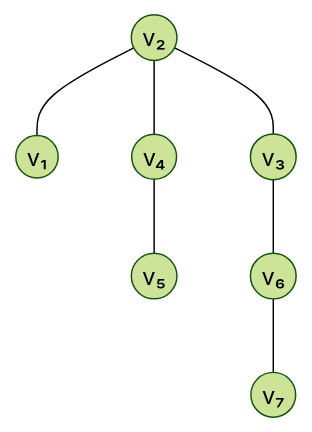
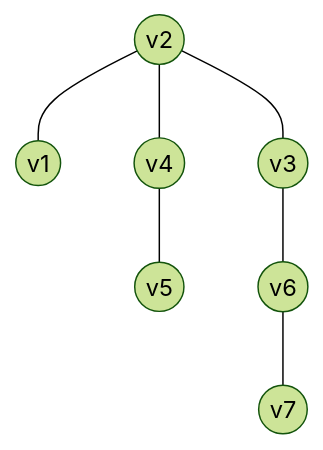
One commit to Choroning/25Fall_Discrete-Mathematics changed the first of 2 diagrams in Coursework/HW11_Graphs-Isomorphism-and-Trees/Original/Assignment.ko.md. Above: the diagram before and after it, drawn with Mermaid (forest theme). The commit also changed other lines of this file and 37 other files, not shown here.

````diff
--- a/Coursework/HW11_Graphs-Isomorphism-and-Trees/Original/Assignment.ko.md
+++ b/Coursework/HW11_Graphs-Isomorphism-and-Trees/Original/Assignment.ko.md
@@ -112,9 +112,9 @@
 ```mermaid
 graph TD
-    v2((v₂)) --- v1((v₁))
-    v2 --- v3((v₃))
-    v2 --- v4((v₄))
-    v4 --- v5((v₅))
-    v3 --- v6((v₆))
-    v6 --- v7((v₇))
+    v2((v2)) --- v1((v1))
+    v2 --- v3((v3))
+    v2 --- v4((v4))
+    v4 --- v5((v5))
+    v3 --- v6((v6))
+    v6 --- v7((v7))
 ```
````
